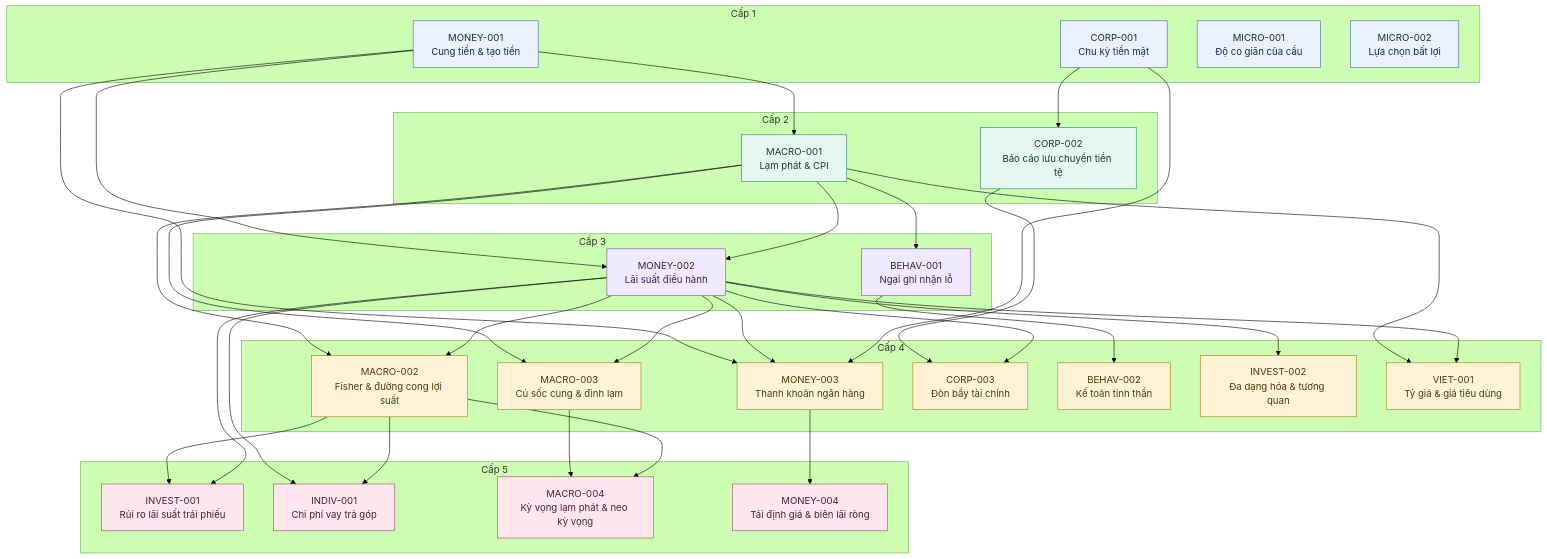
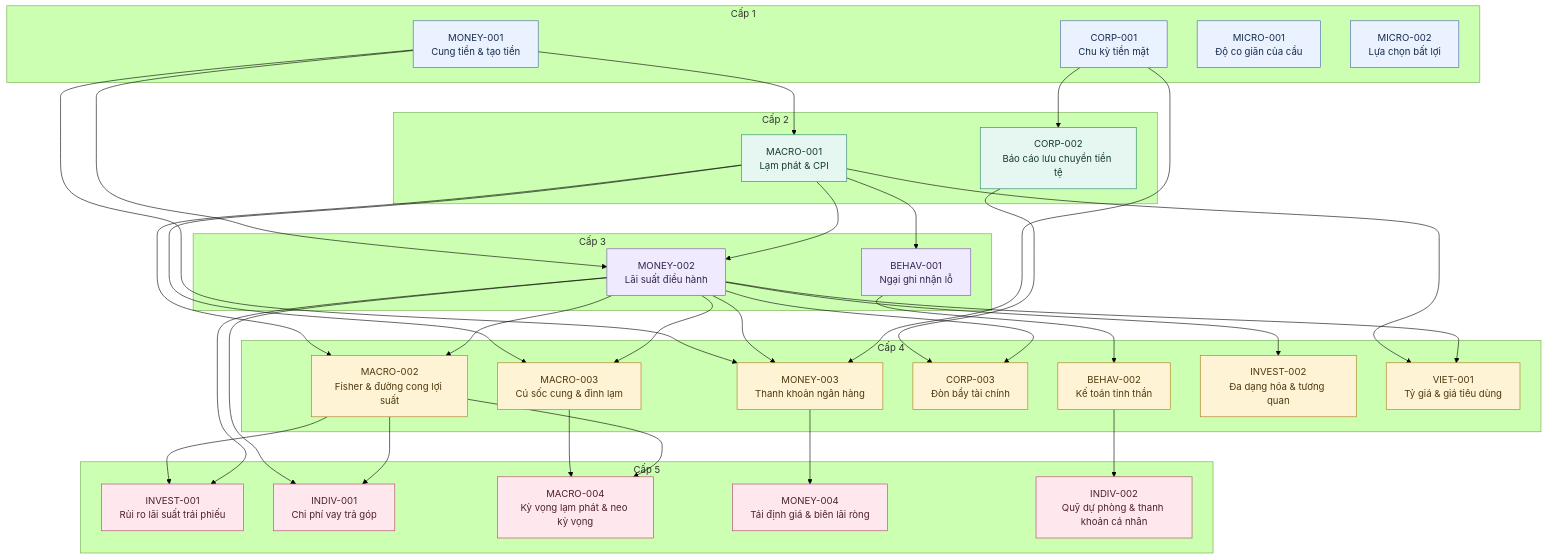
One commit to lewisnguyen32/Eco-Random-Learning changed the diagram in LEARNED.md. Above: the diagram before and after it, drawn with Mermaid (forest theme). The commit also changed other lines of this file and 7 other files, not shown here.

````diff
--- a/LEARNED.md
+++ b/LEARNED.md
@@ -15,74 +15,77 @@
 ```mermaid
 flowchart TB
     subgraph LEVEL_1["Cấp 1"]
         MONEY_001["MONEY-001<br/>Cung tiền & tạo tiền"]
         CORP_001["CORP-001<br/>Chu kỳ tiền mặt"]
         MICRO_001["MICRO-001<br/>Độ co giãn của cầu"]
         MICRO_002["MICRO-002<br/>Lựa chọn bất lợi"]
     end
 
     subgraph LEVEL_2["Cấp 2"]
         MACRO_001["MACRO-001<br/>Lạm phát & CPI"]
         CORP_002["CORP-002<br/>Báo cáo lưu chuyển tiền tệ"]
     end
 
     subgraph LEVEL_3["Cấp 3"]
         MONEY_002["MONEY-002<br/>Lãi suất điều hành"]
         BEHAV_001["BEHAV-001<br/>Ngại ghi nhận lỗ"]
     end
 
     subgraph LEVEL_4["Cấp 4"]
         MONEY_003["MONEY-003<br/>Thanh khoản ngân hàng"]
         MACRO_002["MACRO-002<br/>Fisher & đường cong lợi suất"]
         MACRO_003["MACRO-003<br/>Cú sốc cung & đình lạm"]
         CORP_003["CORP-003<br/>Đòn bẩy tài chính"]
         BEHAV_002["BEHAV-002<br/>Kế toán tinh thần"]
         INVEST_002["INVEST-002<br/>Đa dạng hóa & tương quan"]
         VIET_001["VIET-001<br/>Tỷ giá & giá tiêu dùng"]
     end
 
     subgraph LEVEL_5["Cấp 5"]
         INVEST_001["INVEST-001<br/>Rủi ro lãi suất trái phiếu"]
         INDIV_001["INDIV-001<br/>Chi phí vay trả góp"]
         MACRO_004["MACRO-004<br/>Kỳ vọng lạm phát & neo kỳ vọng"]
         MONEY_004["MONEY-004<br/>Tái định giá & biên lãi ròng"]
+        INDIV_002["INDIV-002<br/>Quỹ dự phòng & thanh khoản cá nhân"]
     end
 
     MONEY_001 --> MACRO_001
     CORP_001 --> CORP_002
     MONEY_001 --> MONEY_002
     MACRO_001 --> MONEY_002
     MACRO_001 --> BEHAV_001
     MONEY_001 --> MONEY_003
     MONEY_002 --> MONEY_003
     CORP_001 --> MONEY_003
     MACRO_001 --> MACRO_002
     MONEY_002 --> MACRO_002
     MACRO_001 --> MACRO_003
     MONEY_002 --> MACRO_003
     MACRO_002 --> INVEST_001
     MONEY_002 --> INVEST_001
     MONEY_002 --> INDIV_001
     MACRO_002 --> INDIV_001
     CORP_002 --> CORP_003
     MONEY_002 --> CORP_003
     BEHAV_001 --> BEHAV_002
+    BEHAV_002 --> INDIV_002
     MONEY_002 --> INVEST_002
     MACRO_003 --> MACRO_004
     MACRO_002 --> MACRO_004
     MONEY_003 --> MONEY_004
     MACRO_001 --> VIET_001
     MONEY_002 --> VIET_001
 
     classDef level1 fill:#eaf2ff,stroke:#4263a8,color:#172b4d
     classDef level2 fill:#e6f6f0,stroke:#25856b,color:#173d32
     classDef level3 fill:#f0eaff,stroke:#7952a8,color:#35234d
     classDef level4 fill:#fff3d6,stroke:#a87918,color:#4d390e
     classDef level5 fill:#ffe8ed,stroke:#ae4560,color:#4d2030
     class MONEY_001,CORP_001,MICRO_001,MICRO_002 level1
     class MACRO_001,CORP_002 level2
     class MONEY_002,BEHAV_001 level3
     class MONEY_003,MACRO_002,MACRO_003,CORP_003,BEHAV_002,INVEST_002,VIET_001 level4
     class INVEST_001,INDIV_001,MACRO_004 level5
     class MONEY_004 level5
+    class INDIV_002 level5
 ```
````
